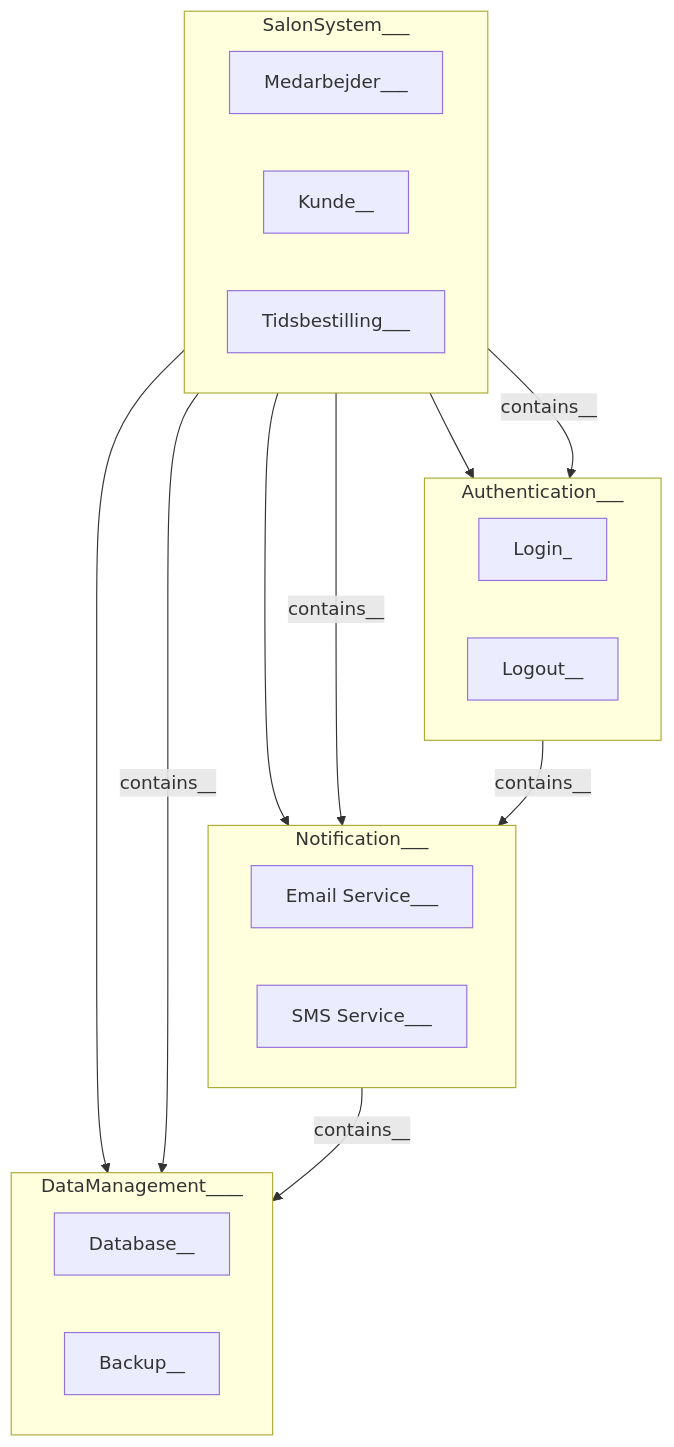
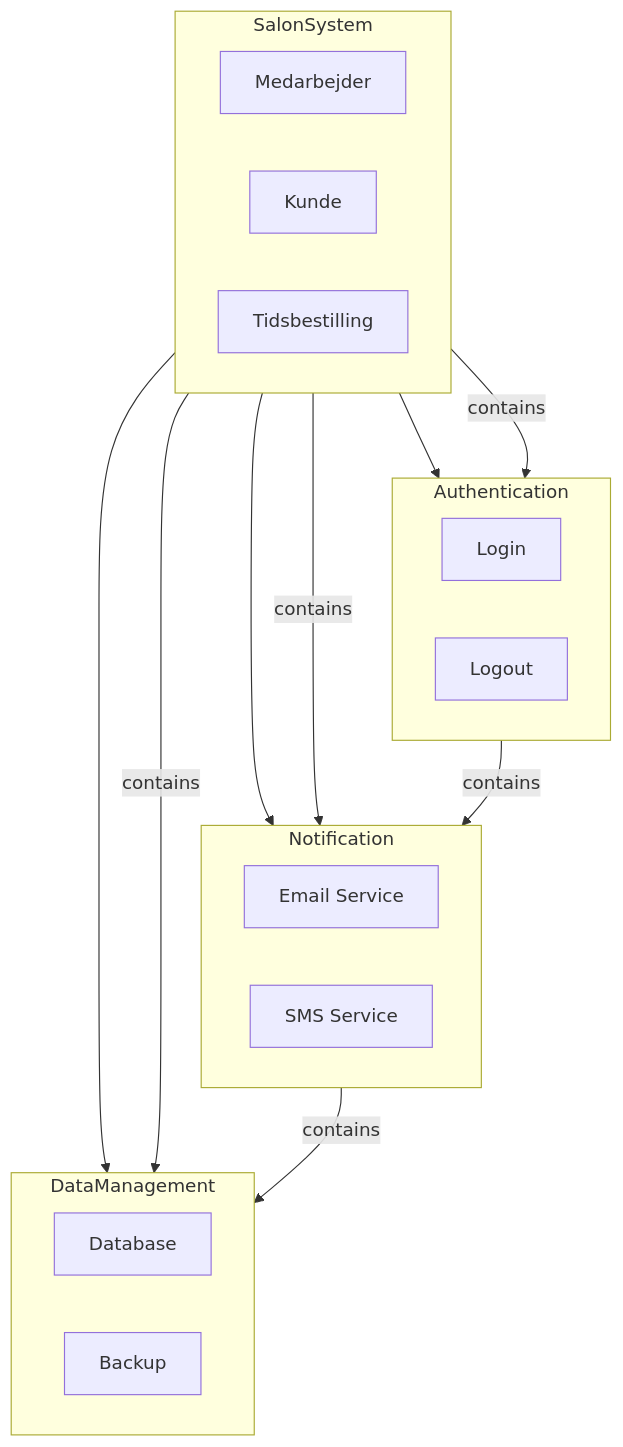
Before and after one commit to ZnowBaka/Haarmoni-ka: the diagram in Diagram/Overall/Package.md, drawn with Mermaid. The commit also changed 1 other file, not shown here.

Commit message:
Finished Domain Model

````diff
--- a/Diagram/Overall/Package.md
+++ b/Diagram/Overall/Package.md
@@ -2,34 +2,34 @@
 ```mermaid
 graph TD
     A[SalonSystem] --> B[Authentication]
     A --> C[Notification]
     A --> D[DataManagement]
 
-    subgraph A[SalonSystem___]
-        Medarbejder[Medarbejder___]
-        Kunde[Kunde__]
-        Tidsbestilling[Tidsbestilling___]
+    subgraph A[SalonSystem]
+        Medarbejder[Medarbejder]
+        Kunde[Kunde]
+        Tidsbestilling[Tidsbestilling]
     end
 
-    subgraph B[Authentication___]
-        Login[Login_]
-        Logout[Logout__]
+    subgraph B[Authentication]
+        Login[Login]
+        Logout[Logout]
     end
 
-    subgraph C[Notification___]
-        EmailService[Email Service___]
-        SMSService[SMS Service___]
+    subgraph C[Notification]
+        EmailService[Email Service]
+        SMSService[SMS Service]
     end
 
-    subgraph D[DataManagement____]
-        Database[Database__]
-        Backup[Backup__]
+    subgraph D[DataManagement]
+        Database[Database]
+        Backup[Backup]
     end
 
-%% Define relationships between the main system and subgraphs
-    A -->|contains__| B
-    A -->|contains__| C
-    A -->|contains__| D
-    B -->|contains__| C
-    C -->|contains__| D
+%% Define relationships between the main system and sub-graphs
+    A -->|contains| B
+    A -->|contains| C
+    A -->|contains| D
+    B -->|contains| C
+    C -->|contains| D
 ```
````
